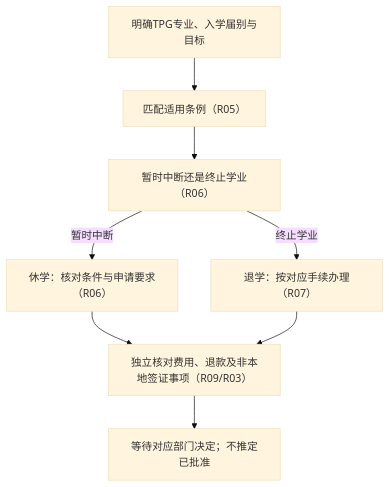
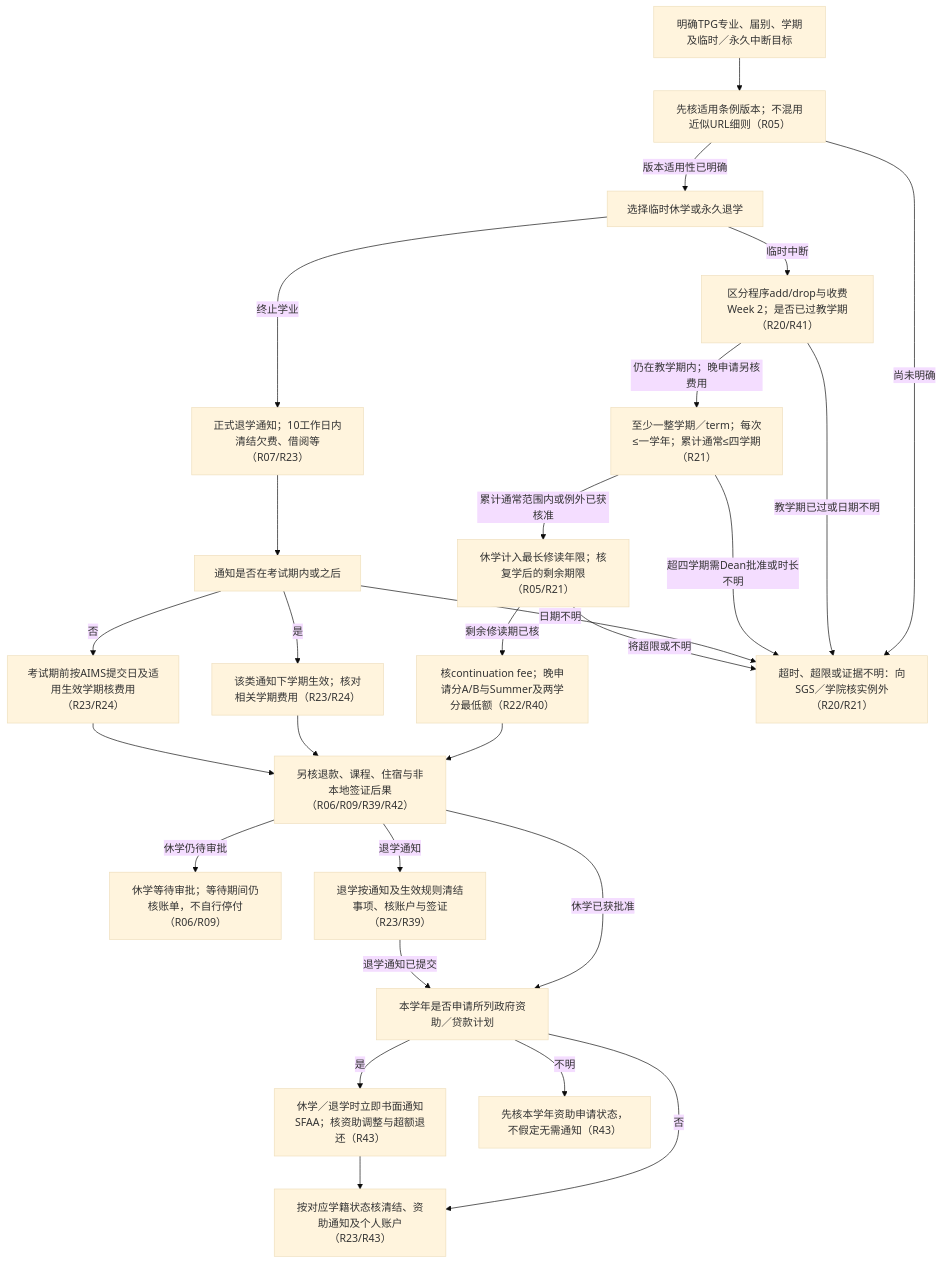
Before and after one commit to zhewangguaiguaide/5003: the third of 8 diagrams in knowledge/README.md, drawn with Mermaid (base theme). The commit also changed other lines of this file and 5 other files, not shown here.

````diff
--- a/knowledge/README.md
+++ b/knowledge/README.md
@@ -164,17 +210,48 @@
 ```mermaid
 flowchart TD
-    a["明确TPG专业、入学届别与目标"]
-    b["匹配适用条例（R05）"]
-    c["暂时中断还是终止学业（R06）"]
-    d["休学：核对条件与申请要求（R06）"]
-    e["退学：按对应手续办理（R07）"]
-    f["独立核对费用、退款及非本地签证事项（R09/R03）"]
-    z["等待对应部门决定；不推定已批准"]
+    a["明确TPG专业、届别、学期及临时／永久中断目标"]
+    b["先核适用条例版本；不混用近似URL细则（R05）"]
+    c["选择临时休学或永久退学"]
+    d["区分程序add/drop与收费Week 2；是否已过教学期（R20/R41）"]
+    e["至少一整学期／term；每次≤一学年；累计通常≤四学期（R21）"]
+    f["核continuation fee；晚申请分A/B与Summer及两学分最低额（R22/R40）"]
+    g["正式退学通知；10工作日内清结欠费、借阅等（R07/R23）"]
+    h["通知是否在考试期内或之后"]
+    i["该类通知下学期生效；核对相关学期费用（R23/R24）"]
+    j["考试期前按AIMS提交日及适用生效学期核费用（R23/R24）"]
+    k["另核退款、课程、住宿与非本地签证后果（R06/R09/R39/R42）"]
+    y["超时、超限或证据不明：向SGS／学院核实例外（R20/R21）"]
+    z["休学等待审批；等待期间仍核账单，不自行停付（R06/R09）"]
+    m["休学计入最长修读年限；核复学后的剩余期限（R05/R21）"]
+    wz["退学按通知及生效规则清结事项、核账户与签证（R23/R39）"]
+    aid["本学年是否申请所列政府资助／贷款计划"]
+    notify["休学／退学时立即书面通知SFAA；核资助调整与超额退还（R43）"]
+    ap["先核本学年资助申请状态，不假定无需通知（R43）"]
+    done["按对应学籍状态核清结、资助通知及个人账户（R23/R43）"]
     a --> b
-    b --> c
-    c -->|暂时中断| d
-    c -->|终止学业| e
-    d --> f
-    e --> f
-    f --> z
+    b -->|版本适用性已明确| c
+    b -->|尚未明确| y
+    c -->|临时中断| d
+    d -->|仍在教学期内；晚申请另核费用| e
+    d -->|教学期已过或日期不明| y
+    e -->|累计通常范围内或例外已获核准| m
+    e -->|超四学期需Dean批准或时长不明| y
+    f --> k
+    c -->|终止学业| g
+    g --> h
+    h -->|是| i
+    h -->|否| j
+    h -->|日期不明| y
+    i --> k
+    j --> k
+    k -->|休学仍待审批| z
+    m -->|剩余修读期已核| f
+    m -->|将超限或不明| y
+    k -->|退学通知| wz
+    k -->|休学已获批准| aid
+    wz -->|退学通知已提交| aid
+    aid -->|是| notify
+    aid -->|否| done
+    aid -->|不明| ap
+    notify --> done
 ```
````
